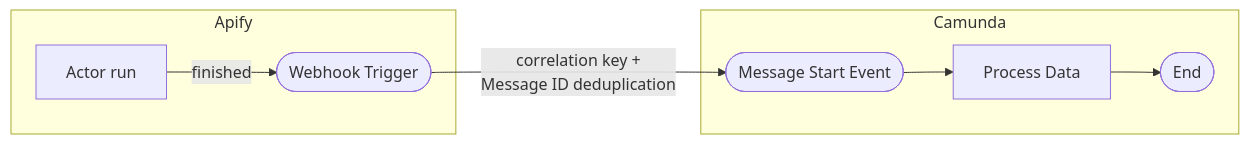
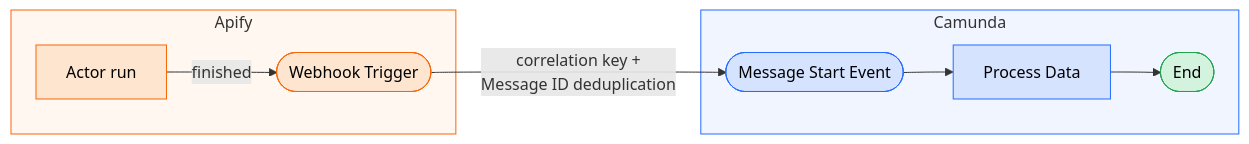
One commit to apify/apify-docs changed the fourth of 9 diagrams in sources/platform/integrations/workflows-and-notifications/camunda.md. Above: the diagram before and after it, drawn with Mermaid. The commit also changed other lines of this file, not shown here.

Commit message:
docs: update Camunda integration documentation with enhanced descriptions, improved structure, and additional details on operations

````diff
--- a/sources/platform/integrations/workflows-and-notifications/camunda.md
+++ b/sources/platform/integrations/workflows-and-notifications/camunda.md
@@ -215,12 +371,21 @@
 ```mermaid
 graph LR
     subgraph Apify
         AR[Actor run] -->|finished| W([Webhook Trigger])
     end
     subgraph Camunda
         B(["Message Start Event"])
         B --> C[Process Data]
         C --> D([End])
     end
     W -->|correlation key +<br/>Message ID deduplication| B
+
+    classDef apify fill:#fde5d0,stroke:#f86606,color:#000
+    classDef camunda fill:#d6e3ff,stroke:#246dff,color:#000
+    classDef terminal fill:#d4f3df,stroke:#20a34e,color:#000
+    class AR,W apify
+    class B,C camunda
+    class D terminal
+    style Apify fill:#fff7f0,stroke:#f86606
+    style Camunda fill:#f0f5ff,stroke:#246dff
 ```
````
